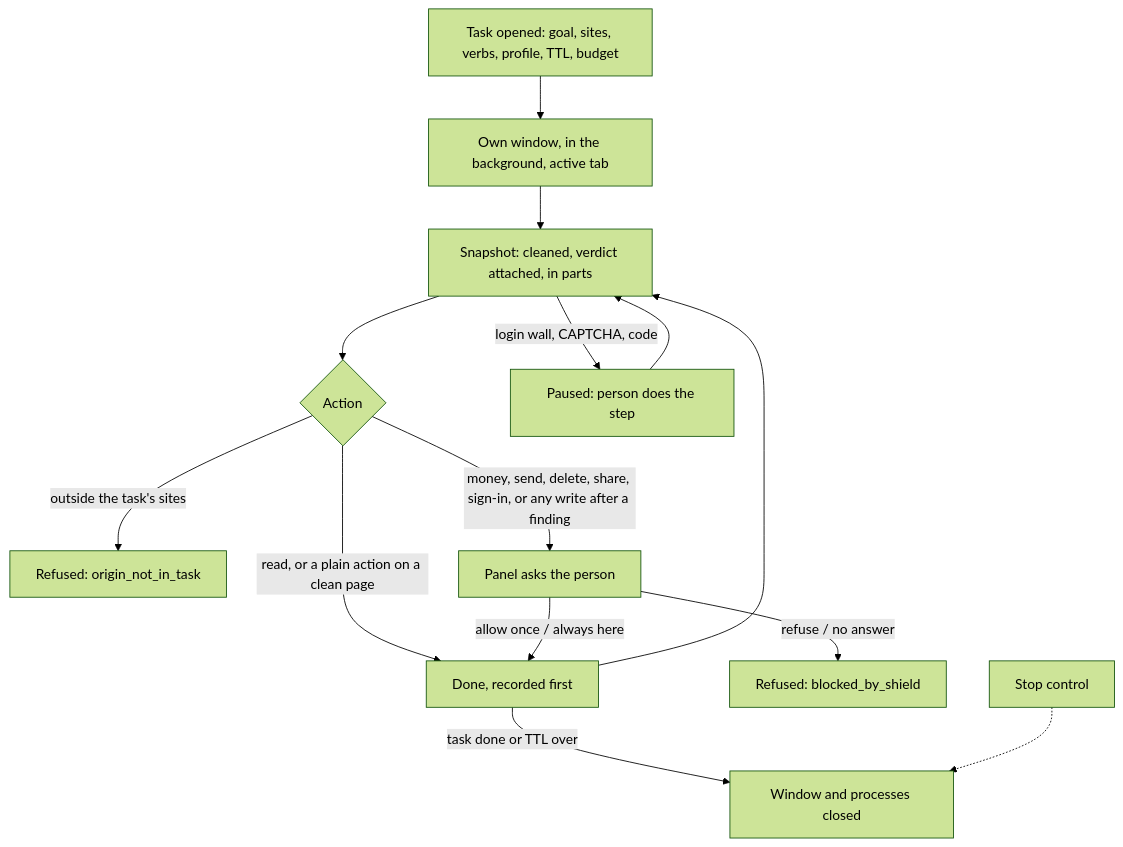
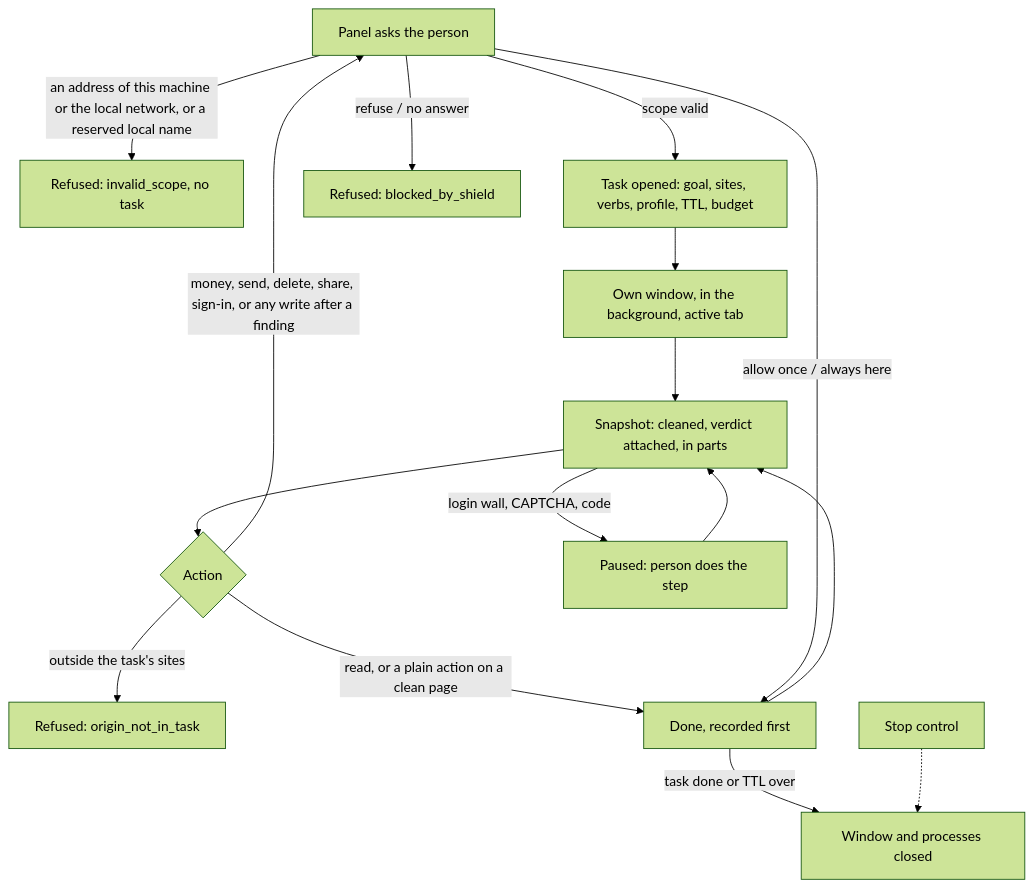
One commit to passioncode-ai/okolos changed diagram 22 of 23 in docs/ux/flows.md. Above: the diagram before and after it, drawn with Mermaid (forest theme). The commit also changed 7 other files, not shown here.

````diff
--- a/docs/ux/flows.md
+++ b/docs/ux/flows.md
@@ -737,15 +737,17 @@
 ```mermaid
 flowchart TD
+  Q[Agent asks to open a task] -->|an address of this machine or the local network, or a reserved local name| IS[Refused: invalid_scope, no task]
+  Q -->|scope valid| T
   T[Task opened: goal, sites, verbs, profile, TTL, budget] --> W[Own window, in the background, active tab]
   W --> S[Snapshot: cleaned, verdict attached, in parts]
   S --> A{Action}
   A -->|outside the task's sites| X1[Refused: origin_not_in_task]
   A -->|read, or a plain action on a clean page| G[Done, recorded first]
   A -->|money, send, delete, share, sign-in, or any write after a finding| Q[Panel asks the person]
   Q -->|allow once / always here| G
   Q -->|refuse / no answer| X2[Refused: blocked_by_shield]
   S -->|login wall, CAPTCHA, code| H[Paused: person does the step] --> S
   G --> S
   G -->|task done or TTL over| E[Window and processes closed]
   STOP[Stop control] -.-> E
 ```
````
